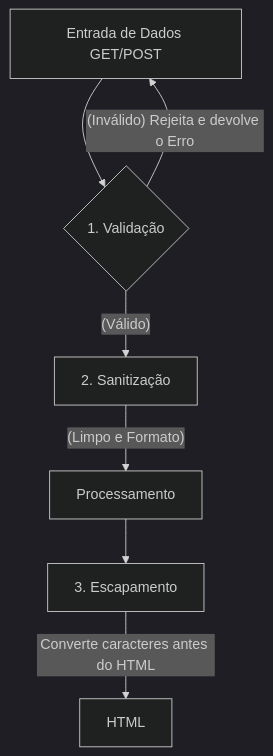
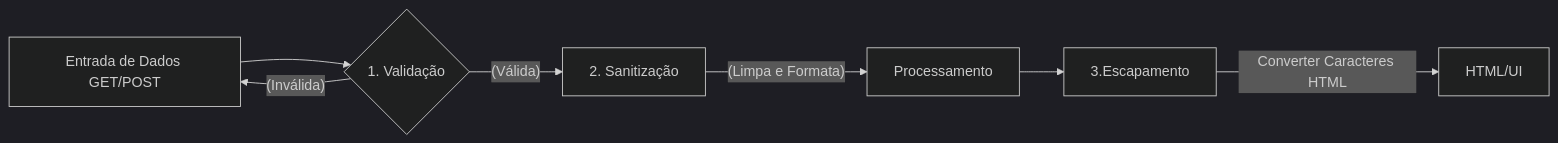
Before and after one commit to FelipeScalfi/BackEnd: the ninth of 14 diagrams in README.md, drawn with Mermaid (dark theme). The commit also changed other lines of this file and 29 other files, not shown here.

````diff
--- a/README.md
+++ b/README.md
@@ -1007,17 +1009,19 @@
 ```mermaid
 
-flowchart
-    A[Entrada de Dados GET/POST] 
+flowchart LR
+
+    A[Entrada de Dados GET/POST]
     B{1. Validação}
     C[2. Sanitização]
     D[Processamento]
-    E[3. Escapamento]
-    F[HTML]
+    E[3.Escapamento]
+    F[HTML/UI]
 
     A --> B
-    B -- (Inválido) Rejeita e devolve o Erro --> A
-    B -- (Válido) --> C
-    C -- (Limpo e Formato) --> D
+    B --(Inválida)--> A
+    B --(Válida) --> C
+    C --(Limpa e Formata) --> D
     D --> E
-    E -- Converte caracteres antes do HTML --> F
+    E -- Converter Caracteres HTML --> F
+
 ```
````
